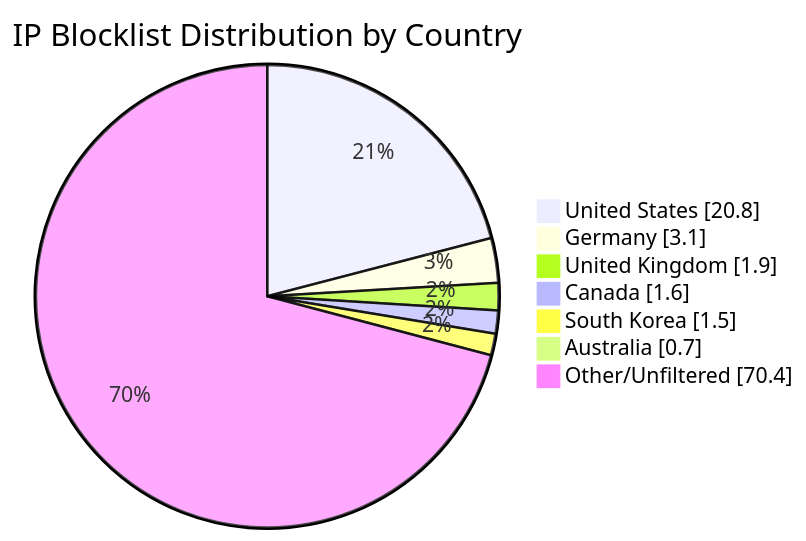
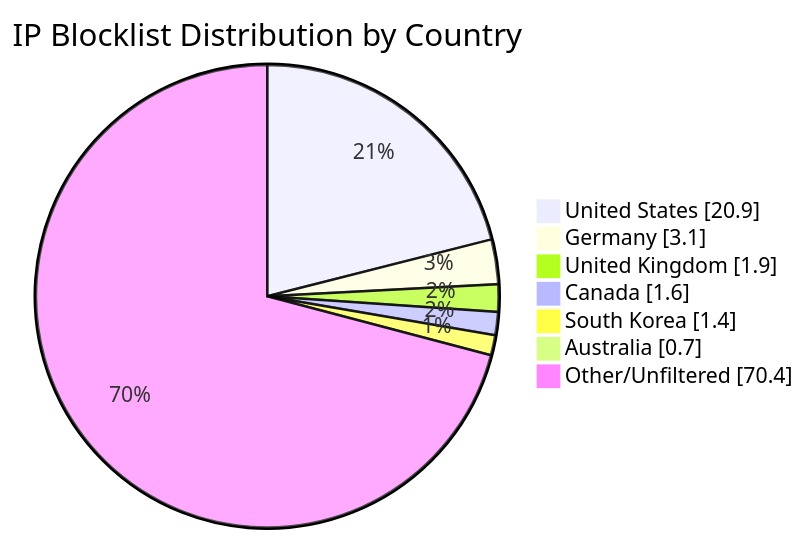
Before and after one commit to MarcusHoltz/ipblocklist-geofiltered-aggregator: the diagram in README.md, drawn with Mermaid. The commit also changed other lines of this file and 9 other files, not shown here.

````diff
--- a/README.md
+++ b/README.md
@@ -34,10 +34,10 @@
 ```mermaid
 pie showData title IP Blocklist Distribution by Country
-"United States" : 20.8
+"United States" : 20.9
 "Germany" : 3.1
 "United Kingdom" : 1.9
 "Canada" : 1.6
-"South Korea" : 1.5
+"South Korea" : 1.4
 "Australia" : 0.7
 "Other/Unfiltered" : 70.4
 ```
````
